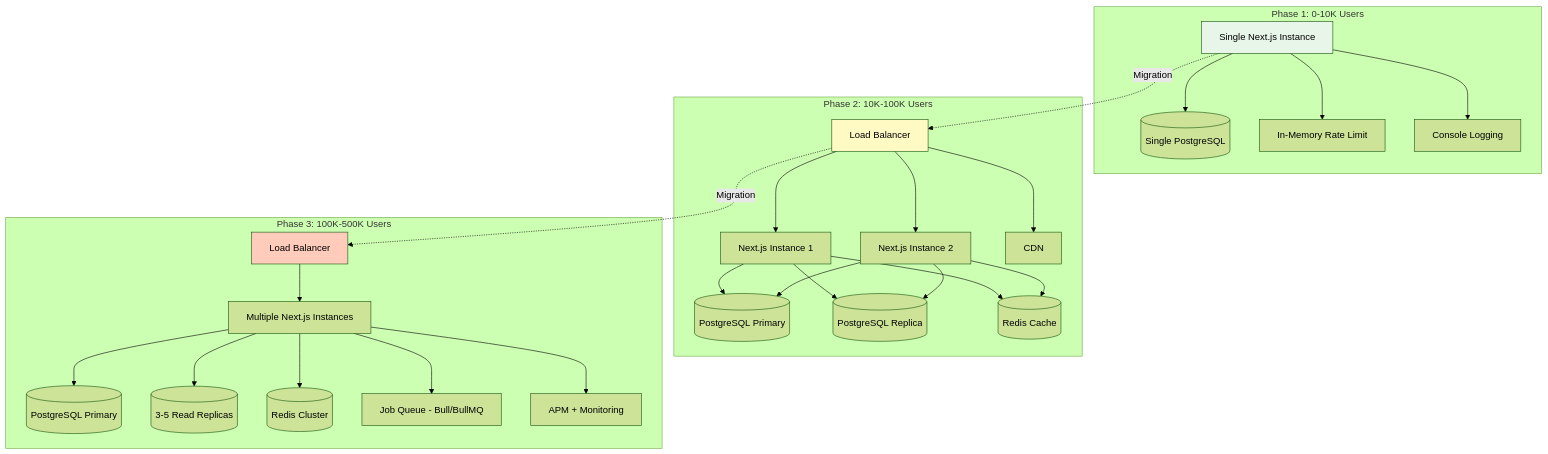
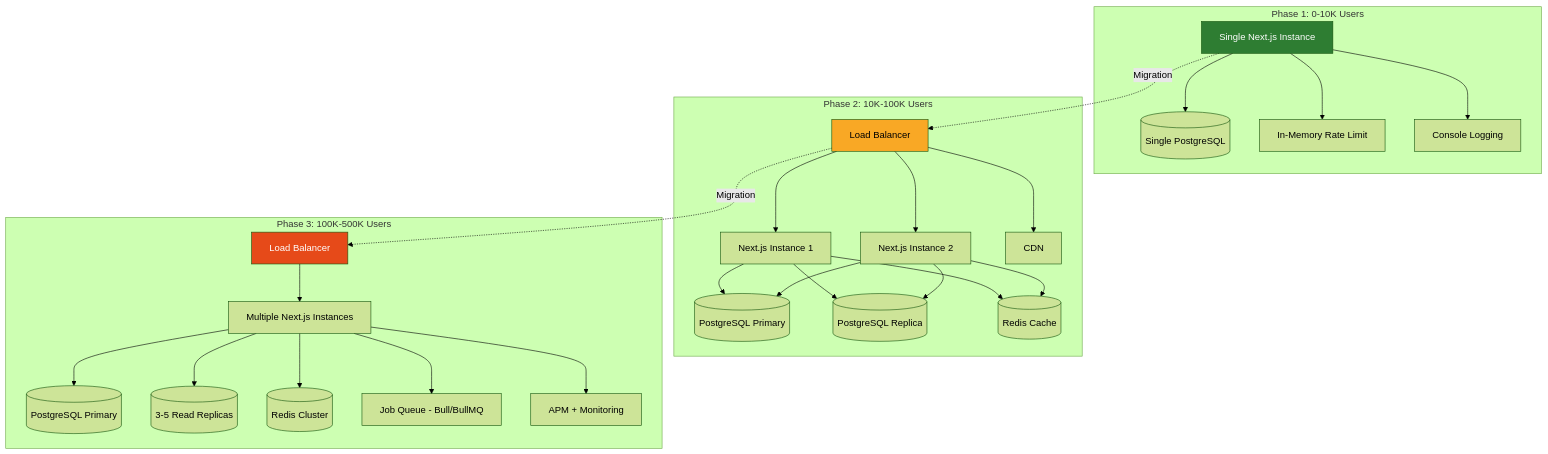
One commit to v1becheck/Next.js-SaaS-Starter changed the ninth of 15 diagrams in DIAGRAMS.md. Above: the diagram before and after it, drawn with Mermaid (forest theme). The commit also changed other lines of this file, not shown here.

````diff
--- a/DIAGRAMS.md
+++ b/DIAGRAMS.md
@@ -409,57 +409,57 @@
 ```mermaid
 graph TB
     subgraph "Phase 1: 0-10K Users"
         P1_App[Single Next.js Instance]
         P1_DB[(Single PostgreSQL)]
         P1_Mem[In-Memory Rate Limit]
         P1_Log[Console Logging]
         
         P1_App --> P1_DB
         P1_App --> P1_Mem
         P1_App --> P1_Log
     end
     
     subgraph "Phase 2: 10K-100K Users"
         P2_LB[Load Balancer]
         P2_App1[Next.js Instance 1]
         P2_App2[Next.js Instance 2]
         P2_DB_Primary[(PostgreSQL Primary)]
         P2_DB_Replica[(PostgreSQL Replica)]
         P2_Redis[(Redis Cache)]
         P2_CDN[CDN]
         
         P2_LB --> P2_App1
         P2_LB --> P2_App2
         P2_App1 --> P2_DB_Primary
         P2_App2 --> P2_DB_Primary
         P2_App1 --> P2_DB_Replica
         P2_App2 --> P2_DB_Replica
         P2_App1 --> P2_Redis
         P2_App2 --> P2_Redis
         P2_LB --> P2_CDN
     end
     
     subgraph "Phase 3: 100K-500K Users"
         P3_LB[Load Balancer]
         P3_Apps[Multiple Next.js Instances]
         P3_DB_Primary[(PostgreSQL Primary)]
         P3_DB_Replicas[(3-5 Read Replicas)]
         P3_Redis_Cluster[(Redis Cluster)]
         P3_Queue[Job Queue - Bull/BullMQ]
         P3_Monitor[APM + Monitoring]
         
         P3_LB --> P3_Apps
         P3_Apps --> P3_DB_Primary
         P3_Apps --> P3_DB_Replicas
         P3_Apps --> P3_Redis_Cluster
         P3_Apps --> P3_Queue
         P3_Apps --> P3_Monitor
     end
     
     P1_App -.Migration.-> P2_LB
     P2_LB -.Migration.-> P3_LB
     
-    style P1_App fill:#e8f5e9
-    style P2_LB fill:#fff9c4
-    style P3_LB fill:#ffccbc
+    style P1_App fill:#2e7d32,color:#fff
+    style P2_LB fill:#f9a825,color:#000
+    style P3_LB fill:#e64a19,color:#fff
 ```
````
